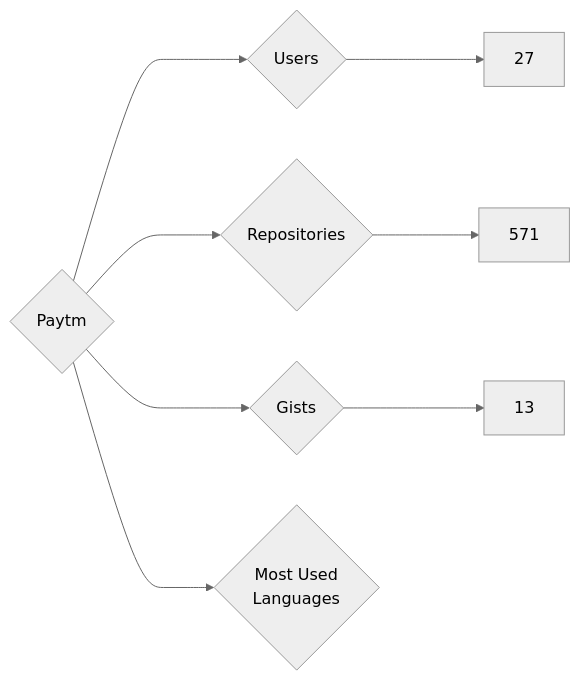
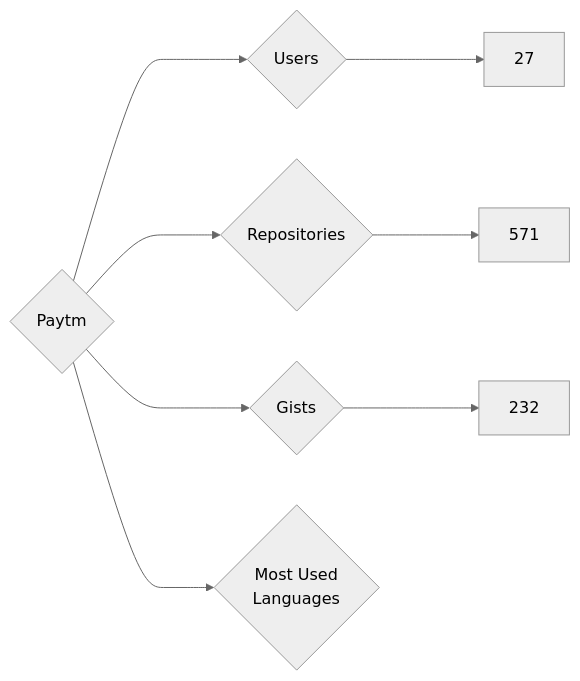
Before and after one commit to nenadzaric/insiders: the diagram in targets/Paytm/README.md, drawn with Mermaid (neutral theme). The commit also changed 1342 other files, not shown here.

````diff
--- a/targets/Paytm/README.md
+++ b/targets/Paytm/README.md
@@ -3,8 +3,8 @@
 ```mermaid
 graph LR
 COMPANY_NAME{Paytm}
 COMPANY_NAME ---> U{Users} ---> UN[27]
 COMPANY_NAME ---> R{Repositories} ---> RN[571]
-COMPANY_NAME ---> G{Gists} ---> GN[13]
+COMPANY_NAME ---> G{Gists} ---> GN[232]
 COMPANY_NAME ---> ML{Most Used<br>Languages}
 ```
````
